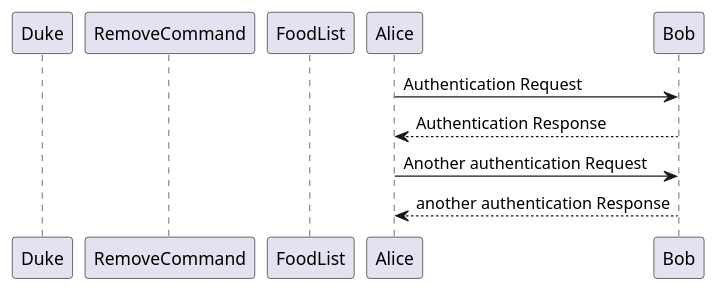
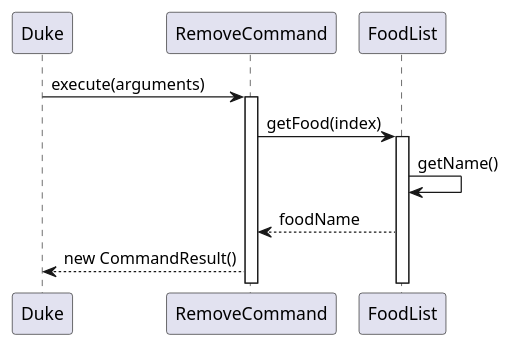
The diagram in docs/puml/RemoveCommandSequenceDiagram.puml (tsx0314/tp), drawn with PlantUML before and after one commit. The commit also changed 2 other files, not shown here.

Commit message:
Update RemoveCommand developer guide

```diff
--- a/docs/puml/RemoveCommandSequenceDiagram.puml
+++ b/docs/puml/RemoveCommandSequenceDiagram.puml
@@ -1,14 +1,20 @@
 @startuml
 'https://plantuml.com/sequence-diagram
 
 participant Duke
 participant RemoveCommand
-participant FoodList as foodList
 
 
-Alice -> Bob: Authentication Request
-Bob --> Alice: Authentication Response
+Duke -> RemoveCommand : execute(arguments)
+activate RemoveCommand
 
-Alice -> Bob: Another authentication Request
-Alice <-- Bob: another authentication Response
+RemoveCommand -> FoodList : getFood(index)
+activate FoodList
+
+FoodList -> FoodList : getName()
+
+FoodList --> RemoveCommand : foodName
+
+RemoveCommand --> Duke : new CommandResult()
+
 @enduml
```
